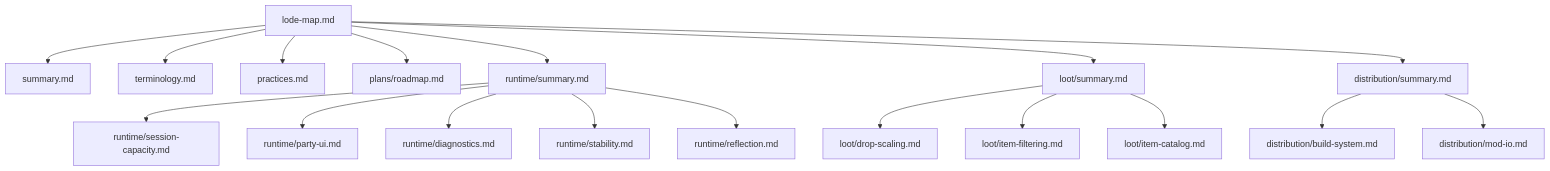
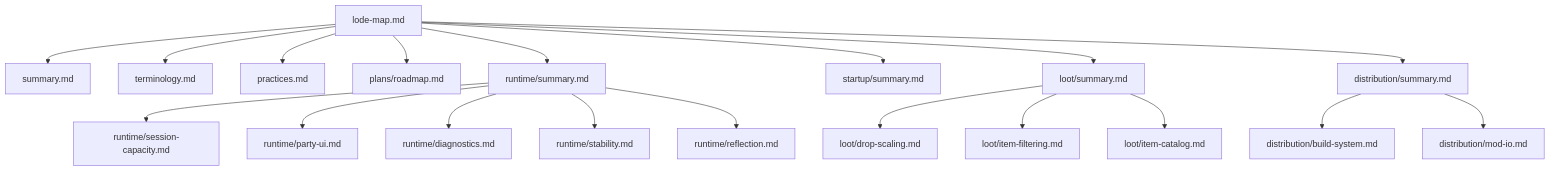
One commit to TheAngryByrd/Wayfinder-Mods changed the diagram in lode/lode-map.md. Above: the diagram before and after it, drawn with Mermaid. The commit also changed other lines of this file and 9 other files, not shown here.

````diff
--- a/lode/lode-map.md
+++ b/lode/lode-map.md
@@ -6,20 +6,21 @@
 ```mermaid
 flowchart TD
     Map[lode-map.md] --> Summary[summary.md]
     Map --> Terms[terminology.md]
     Map --> Practices[practices.md]
     Map --> Plans[plans/roadmap.md]
     Map --> Runtime[runtime/summary.md]
     Runtime --> Session[runtime/session-capacity.md]
     Runtime --> UI[runtime/party-ui.md]
     Runtime --> Diagnostics[runtime/diagnostics.md]
     Runtime --> Stability[runtime/stability.md]
     Runtime --> Reflection[runtime/reflection.md]
+    Map --> Startup[startup/summary.md]
     Map --> Loot[loot/summary.md]
     Loot --> Scaling[loot/drop-scaling.md]
     Loot --> ItemFiltering[loot/item-filtering.md]
     Loot --> ItemCatalog[loot/item-catalog.md]
     Map --> Distribution[distribution/summary.md]
     Distribution --> BuildSystem[distribution/build-system.md]
     Distribution --> ModIo[distribution/mod-io.md]
 ```
````
